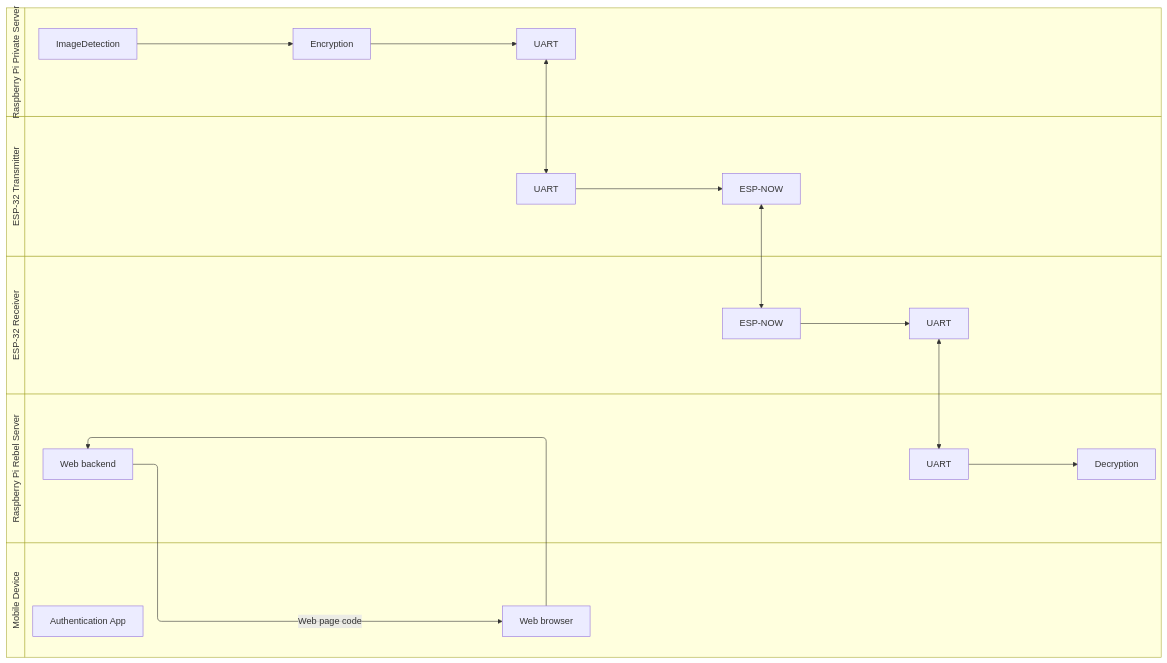
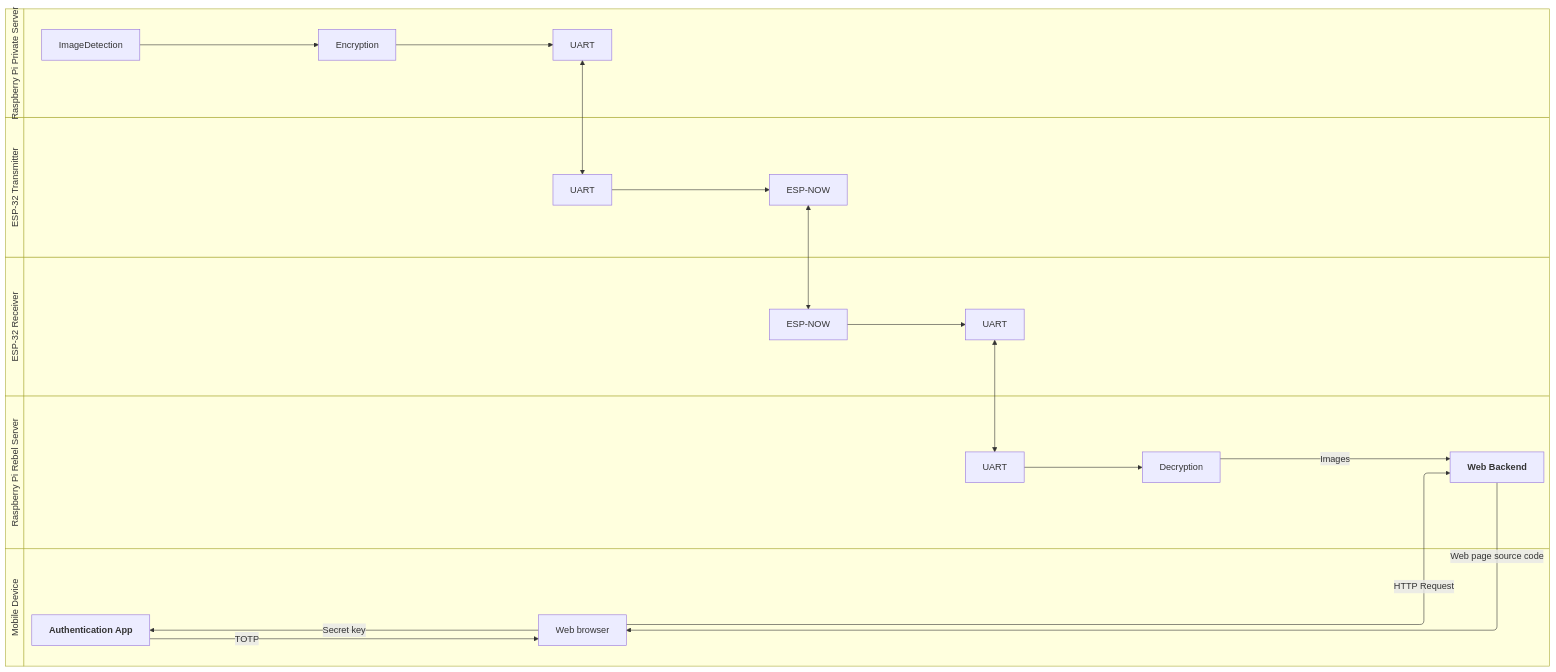
One commit to marcusgigandet/dsig changed the diagram in docs/architecture/Software.md. Above: the diagram before and after it, drawn with Mermaid.

Commit message:
docs: add web browser blocks to software architecture diagram

````diff
--- a/docs/architecture/Software.md
+++ b/docs/architecture/Software.md
@@ -3,40 +3,45 @@
 ```mermaid
 swimlane-beta LR
     subgraph Pi_1["Raspberry Pi Private Server"]
         ImageDetection
         Encryption
         UART_1["UART"]
 
         ImageDetection --> Encryption --> UART_1
     end
 
     subgraph ESP_1["ESP-32 Transmitter"]
         UART_2["UART"]
         RF_1["ESP-NOW"]
         UART_1 <--> UART_2
         UART_2 --> RF_1
     end
 
     subgraph ESP_2["ESP-32 Receiver"]
         UART_3["UART"]
         RF_2["ESP-NOW"]
         RF_1 <--> RF_2
         RF_2 --> UART_3
     end
 
     subgraph Pi_2["Raspberry Pi Rebel Server"]
         UART_4["UART"]
-        BACK["Web backend"]
+        BACKEND["`**Web Backend**`"]
         
         UART_3 <--> UART_4
         UART_4 --> Decryption
+
+        Decryption -- Images --> BACKEND
     end
 
     subgraph MBL["Mobile Device"]
         BROWSE["Web browser"]
-        AUTH["Authentication App"]
+        AUTH["`**Authentication App**`"]
 
-        BACK -- Web page code --> BROWSE
-        BROWSE --> BACK
+        BACKEND -- Web page source code --> BROWSE
+        BROWSE -- HTTP Request --> BACKEND
+
+        BROWSE -- Secret key --> AUTH
+        AUTH -- TOTP --> BROWSE
     end
 ```
````
